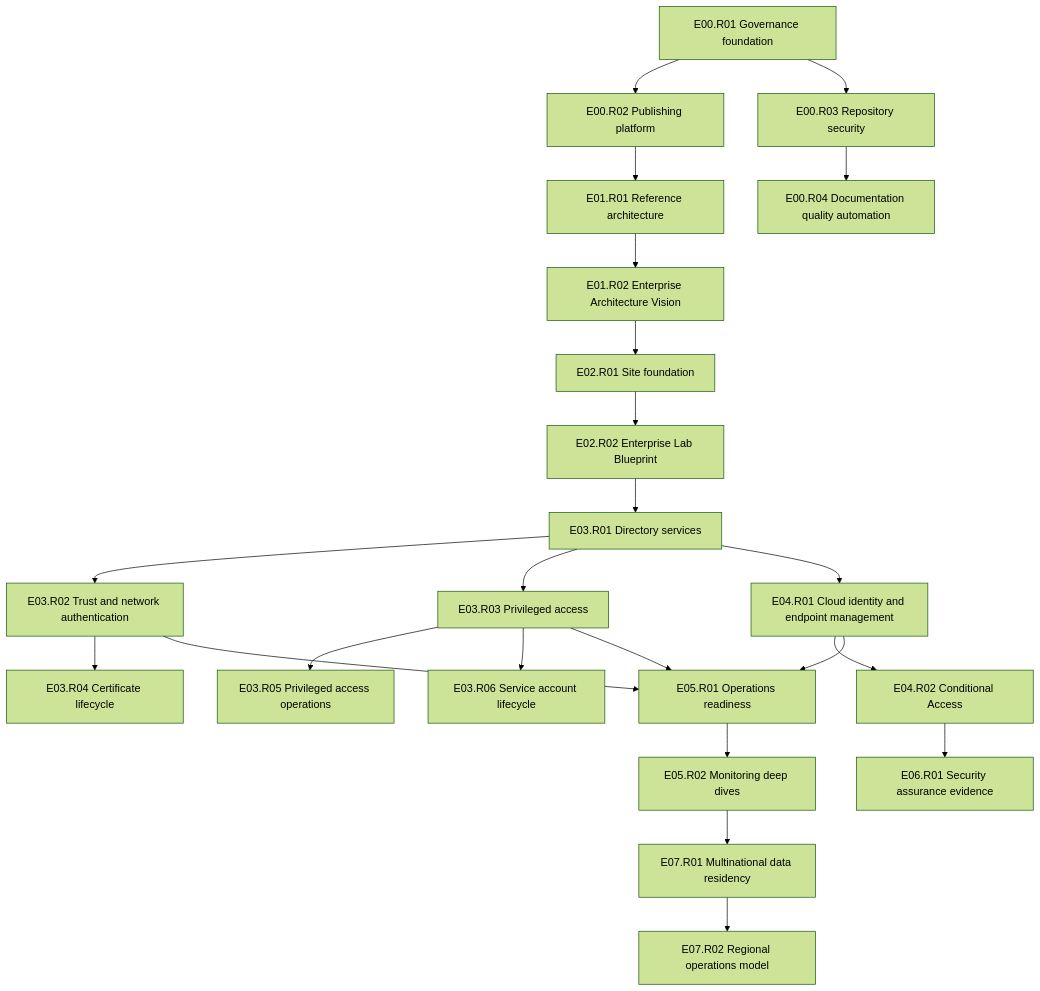
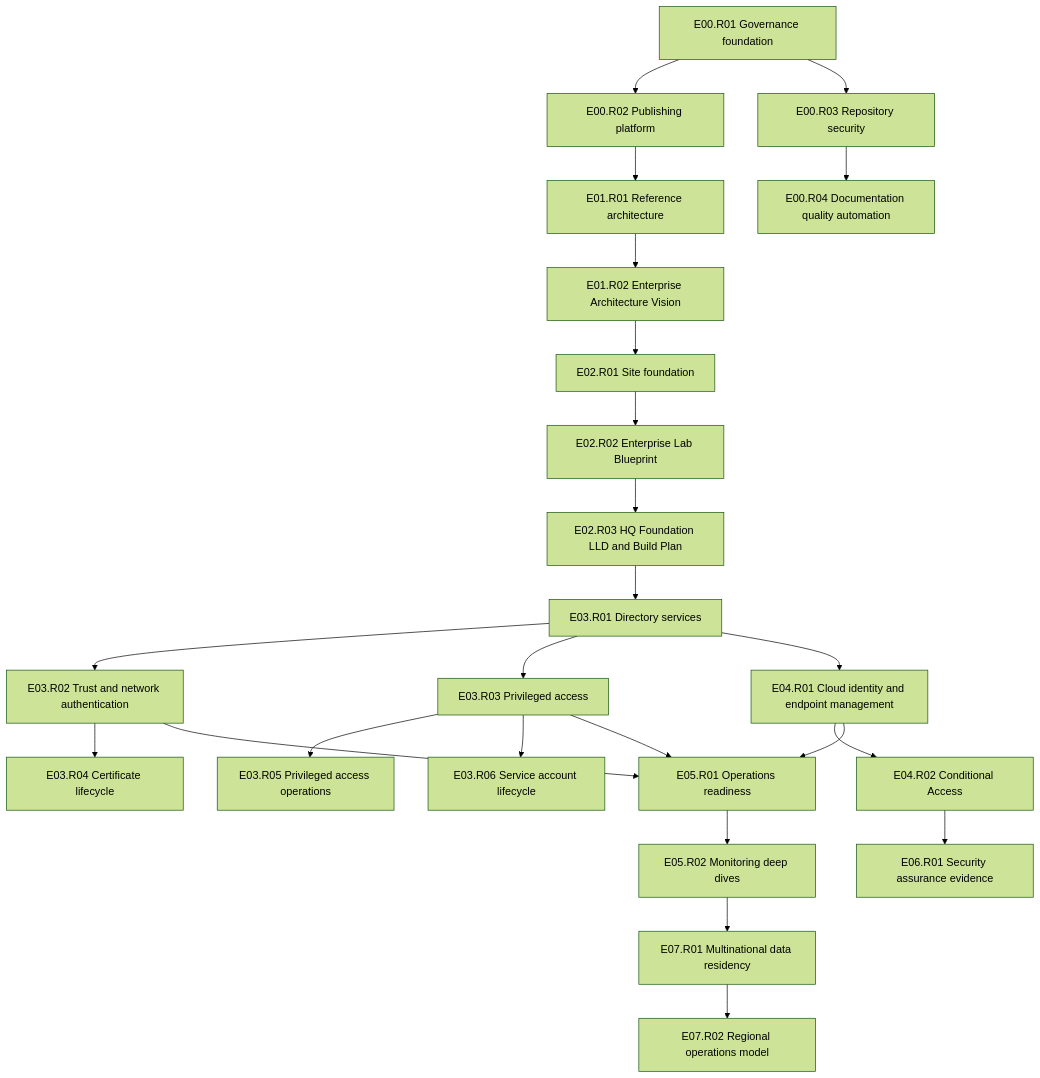
Before and after one commit to gntech-dev/geil-enterprise-docs: the second of 3 diagrams in docs/project/epic-release-architecture.md, drawn with Mermaid (forest theme). The commit also changed other lines of this file and 12 other files, not shown here.

Commit message:
docs: add hq foundation lld build plan

````diff
--- a/docs/project/epic-release-architecture.md
+++ b/docs/project/epic-release-architecture.md
@@ -87,40 +87,41 @@
 ```mermaid
 flowchart TD
     R001[E00.R01 Governance foundation]
     R002[E00.R02 Publishing platform]
     R101[E01.R01 Reference architecture]
     R102[E01.R02 Enterprise Architecture Vision]
     R201[E02.R01 Site foundation]
     R202[E02.R02 Enterprise Lab Blueprint]
+    R203[E02.R03 HQ Foundation LLD and Build Plan]
     R301[E03.R01 Directory services]
     R302[E03.R02 Trust and network authentication]
     R303[E03.R03 Privileged access]
     R401[E04.R01 Cloud identity and endpoint management]
     R501[E05.R01 Operations readiness]
     R304[E03.R04 Certificate lifecycle]
     R402[E04.R02 Conditional Access]
     R305[E03.R05 Privileged access operations]
     R306[E03.R06 Service account lifecycle]
     R003[E00.R03 Repository security]
     R004[E00.R04 Documentation quality automation]
     R701[E07.R01 Multinational data residency]
     R502[E05.R02 Monitoring deep dives]
     R601[E06.R01 Security assurance evidence]
     R702[E07.R02 Regional operations model]
 
-    R001 --> R002 --> R101 --> R102 --> R201 --> R202 --> R301
+    R001 --> R002 --> R101 --> R102 --> R201 --> R202 --> R203 --> R301
     R301 --> R302
     R301 --> R303
     R302 --> R304
     R303 --> R305
     R303 --> R306
     R301 --> R401
     R401 --> R402
     R302 --> R501
     R303 --> R501
     R401 --> R501
     R001 --> R003 --> R004
     R501 --> R502
     R402 --> R601
     R502 --> R701 --> R702
 ```
````
